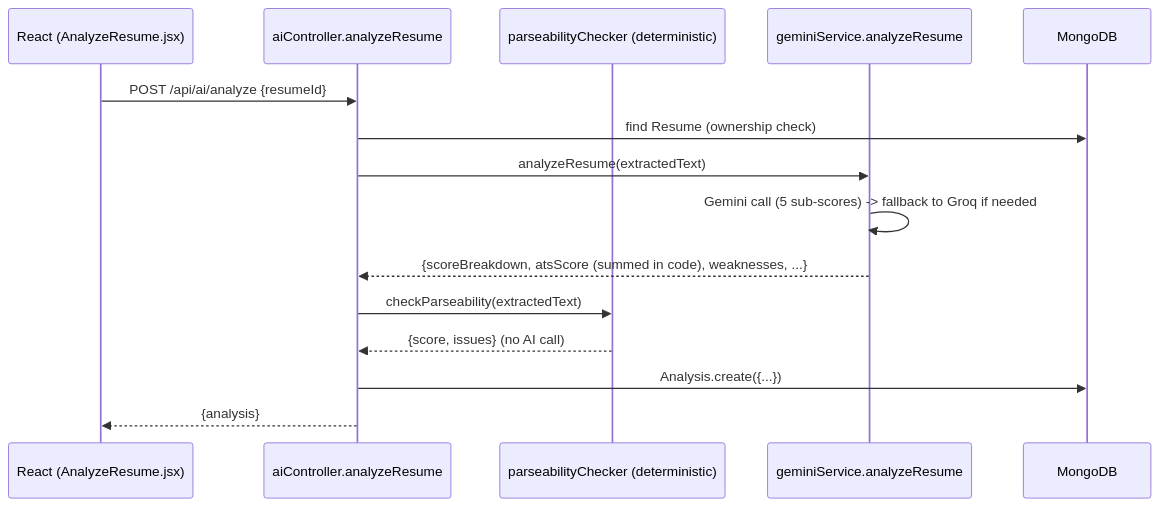
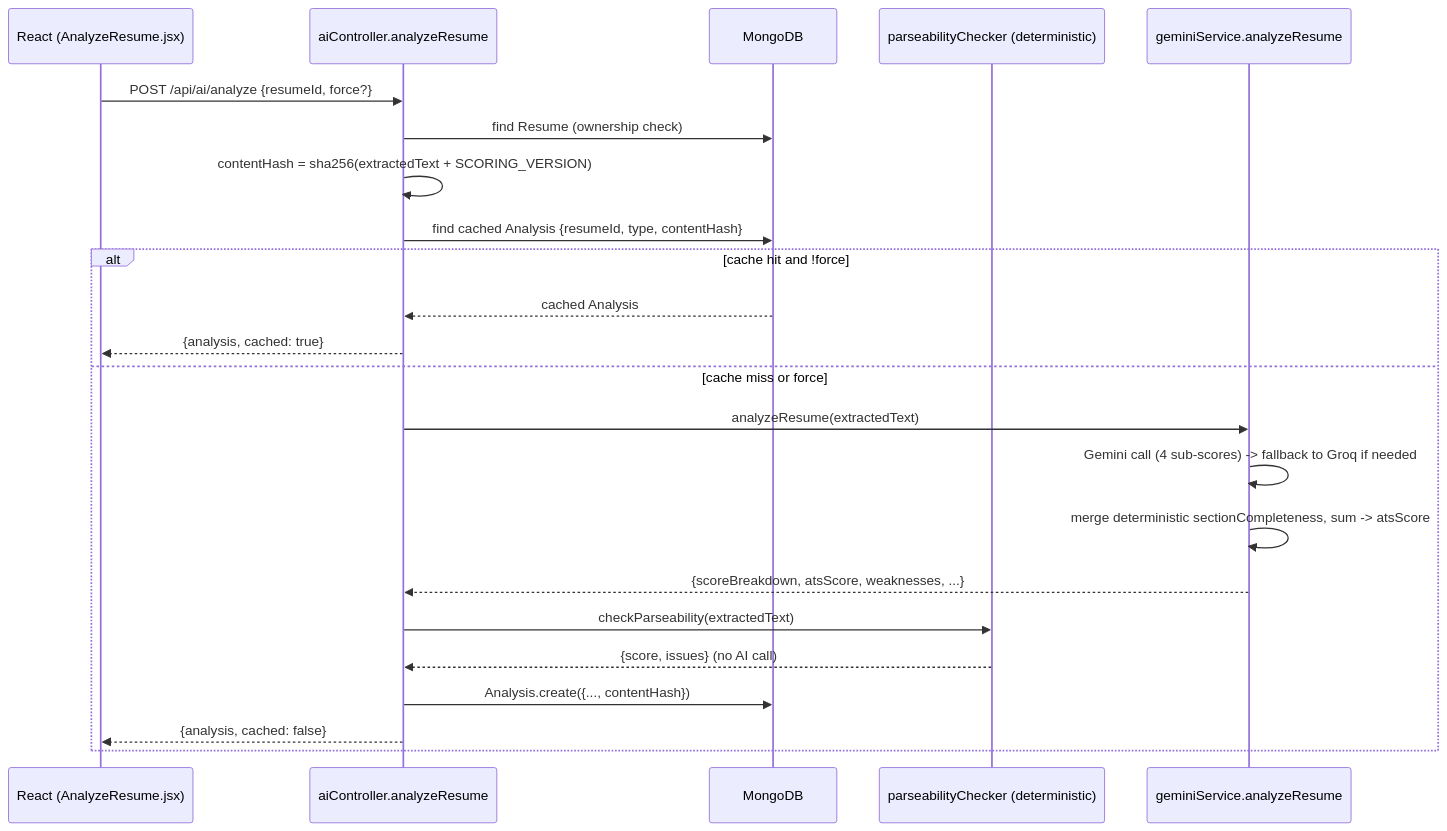
The first of 3 diagrams in docs/LLD.md (Abhishek007-t/resume-optimizer), drawn with Mermaid before and after one commit. The commit also changed other lines of this file and 37 other files, not shown here.

First line of the commit message:
Add forgot-password flow, security hardening, interview UX polish, and analysis score-stability fix

````diff
--- a/docs/LLD.md
+++ b/docs/LLD.md
@@ -182,18 +198,26 @@
 ```mermaid
 sequenceDiagram
     participant FE as React (AnalyzeResume.jsx)
     participant API as aiController.analyzeResume
+    participant DB as MongoDB
     participant PC as parseabilityChecker (deterministic)
     participant GS as geminiService.analyzeResume
-    participant DB as MongoDB
 
-    FE->>API: POST /api/ai/analyze {resumeId}
+    FE->>API: POST /api/ai/analyze {resumeId, force?}
     API->>DB: find Resume (ownership check)
-    API->>GS: analyzeResume(extractedText)
-    GS->>GS: Gemini call (5 sub-scores) -> fallback to Groq if needed
-    GS-->>API: {scoreBreakdown, atsScore (summed in code), weaknesses, ...}
-    API->>PC: checkParseability(extractedText)
-    PC-->>API: {score, issues} (no AI call)
-    API->>DB: Analysis.create({...})
-    API-->>FE: {analysis}
+    API->>API: contentHash = sha256(extractedText + SCORING_VERSION)
+    API->>DB: find cached Analysis {resumeId, type, contentHash}
+    alt cache hit and !force
+        DB-->>API: cached Analysis
+        API-->>FE: {analysis, cached: true}
+    else cache miss or force
+        API->>GS: analyzeResume(extractedText)
+        GS->>GS: Gemini call (4 sub-scores) -> fallback to Groq if needed
+        GS->>GS: merge deterministic sectionCompleteness, sum -> atsScore
+        GS-->>API: {scoreBreakdown, atsScore, weaknesses, ...}
+        API->>PC: checkParseability(extractedText)
+        PC-->>API: {score, issues} (no AI call)
+        API->>DB: Analysis.create({..., contentHash})
+        API-->>FE: {analysis, cached: false}
+    end
 ```
````
